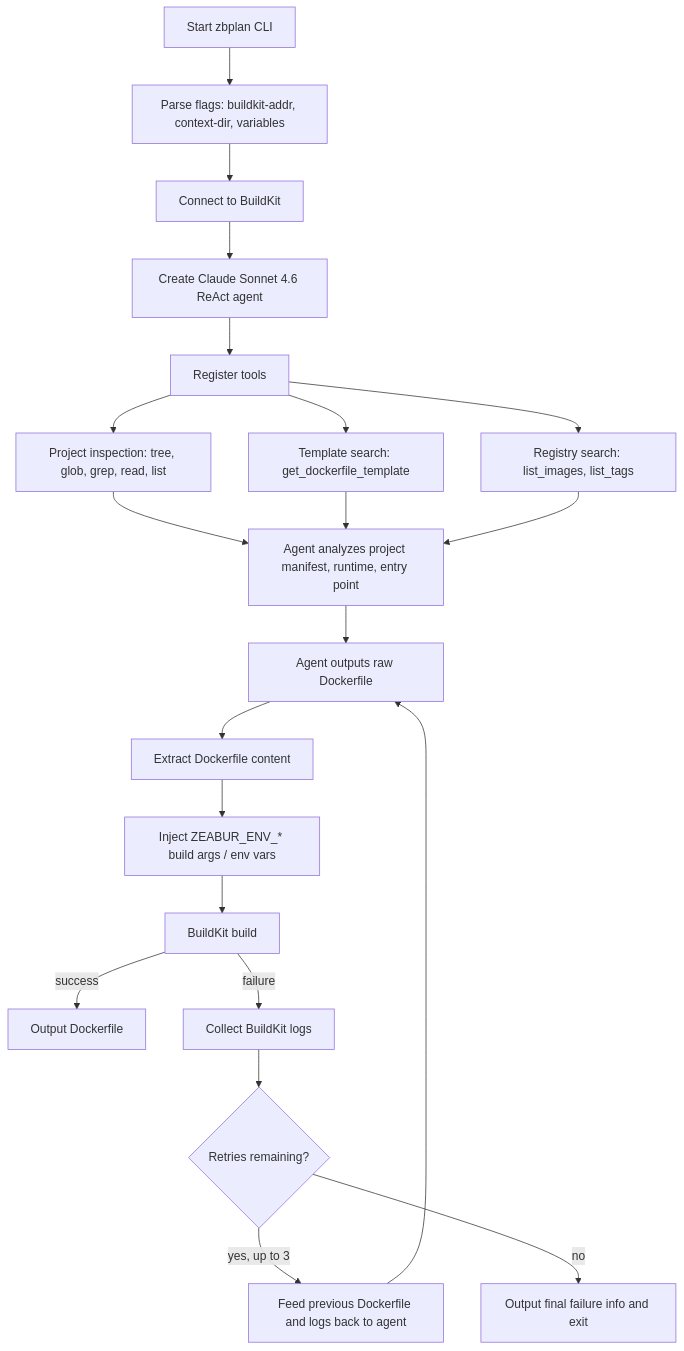
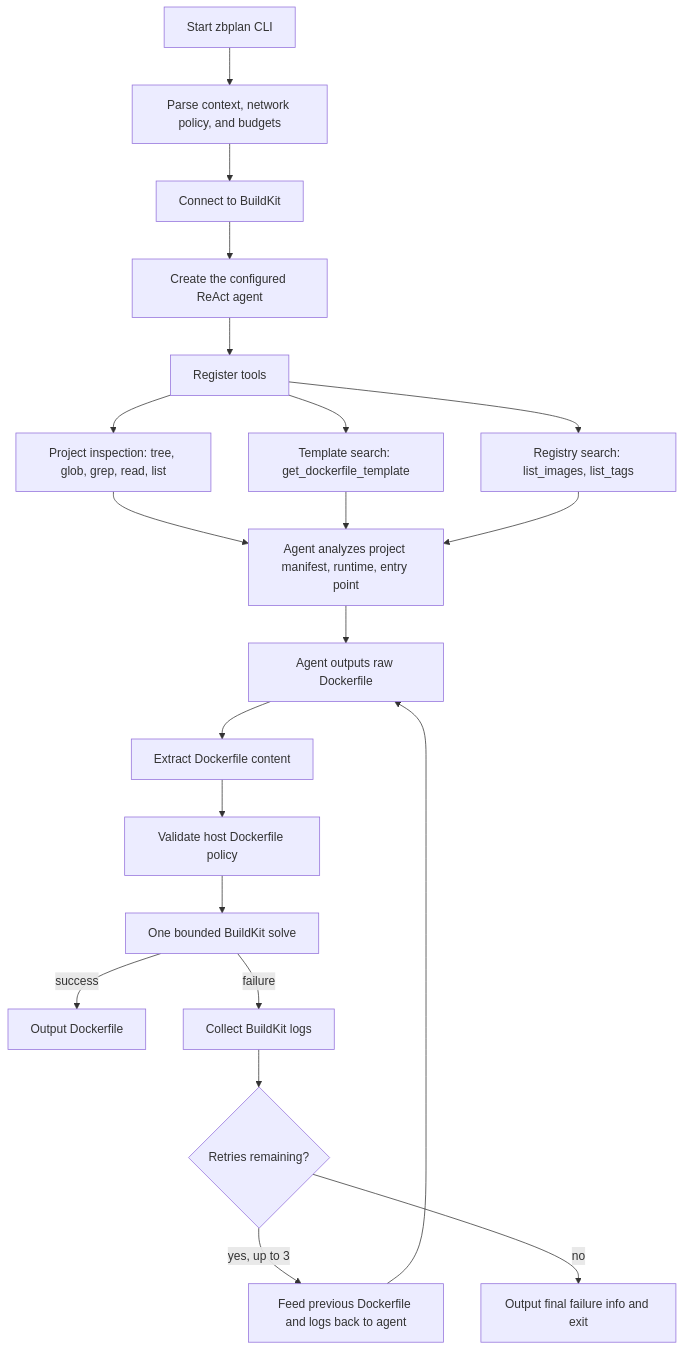
One commit to zeabur/zbplan changed the diagram in README.md. Above: the diagram before and after it, drawn with Mermaid. The commit also changed other lines of this file and 26 other files, not shown here.

````diff
--- a/README.md
+++ b/README.md
@@ -86,27 +86,27 @@
 ```mermaid
 flowchart TD
-    A[Start zbplan CLI] --> B[Parse flags: buildkit-addr, context-dir, variables]
+    A[Start zbplan CLI] --> B[Parse context, network policy, and budgets]
     B --> C[Connect to BuildKit]
-    C --> D[Create Claude Sonnet 4.6 ReAct agent]
+    C --> D[Create the configured ReAct agent]
     D --> E[Register tools]
 
     E --> E1[Project inspection: tree, glob, grep, read, list]
     E --> E2[Template search: get_dockerfile_template]
     E --> E3[Registry search: list_images, list_tags]
 
     E1 --> F[Agent analyzes project manifest, runtime, entry point]
     E2 --> F
     E3 --> F
 
     F --> G[Agent outputs raw Dockerfile]
     G --> H[Extract Dockerfile content]
-    H --> I[Inject ZEABUR_ENV_* build args / env vars]
-    I --> J[BuildKit build]
+    H --> I[Validate host Dockerfile policy]
+    I --> J[One bounded BuildKit solve]
 
     J -->|success| K[Output Dockerfile]
     J -->|failure| L[Collect BuildKit logs]
     L --> M{Retries remaining?}
     M -->|yes, up to 3| N[Feed previous Dockerfile and logs back to agent]
     N --> G
     M -->|no| O[Output final failure info and exit]
 ```
````
